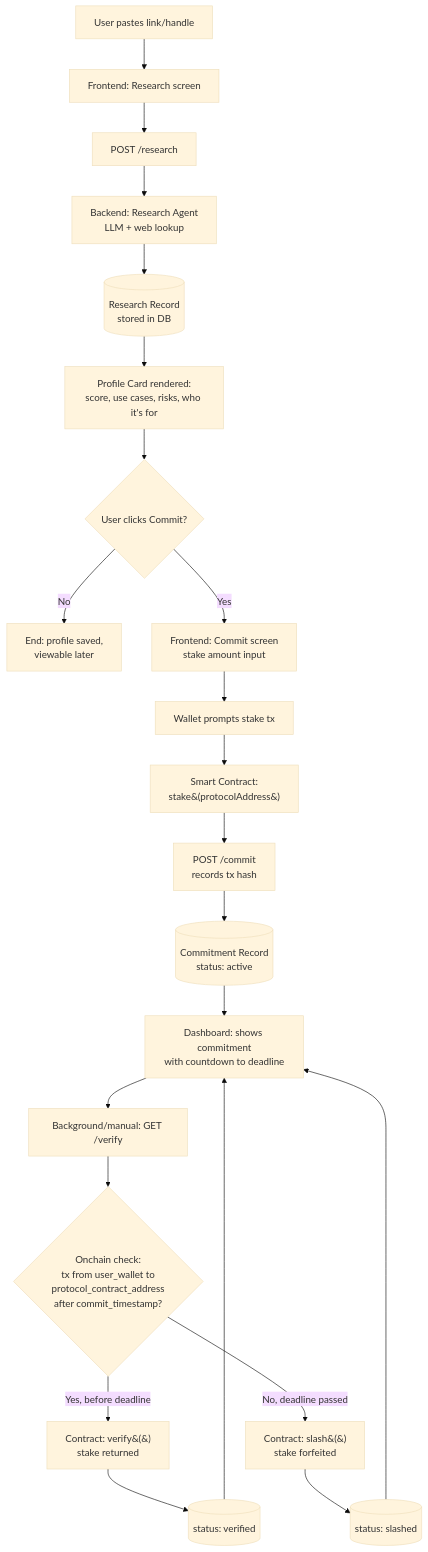
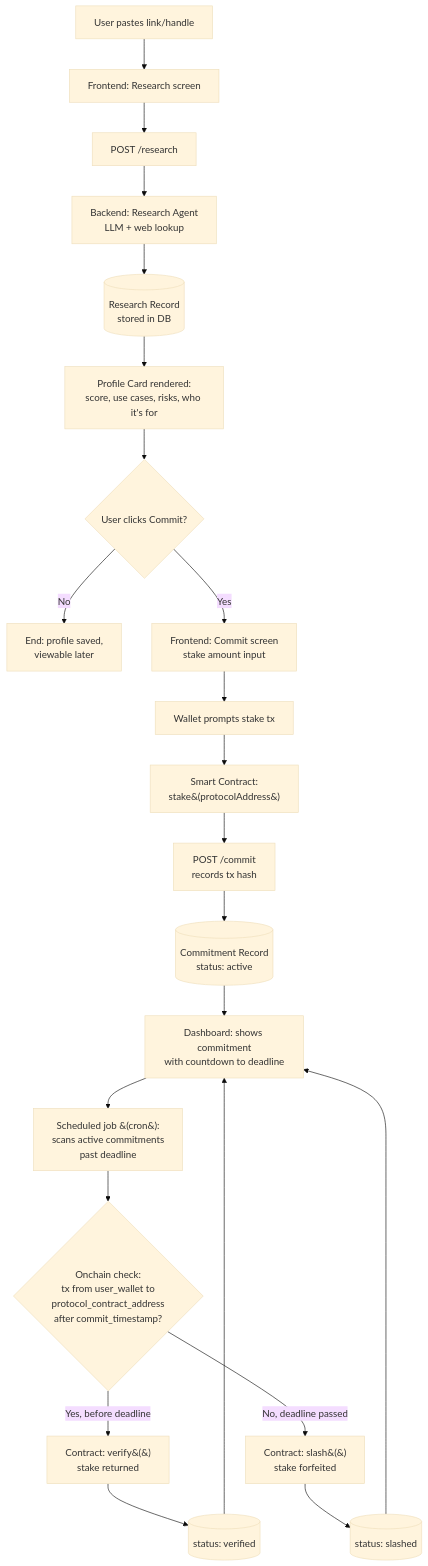
Before and after one commit to tobiawolaju/KYP: the first of 2 diagrams in Architecture.MD, drawn with Mermaid (base theme). The commit also changed other lines of this file and 1 other file, not shown here.

Commit message:
Update README and architecture docs to match current stack and scheduled resolution

````diff
--- a/Architecture.MD
+++ b/Architecture.MD
@@ -64,24 +83,24 @@
 ```mermaid
 flowchart TD
     A[User pastes link/handle] --> B[Frontend: Research screen]
     B --> C[POST /research]
     C --> D[Backend: Research Agent<br/>LLM + web lookup]
     D --> E[(Research Record<br/>stored in DB)]
     E --> F[Profile Card rendered:<br/>score, use cases, risks, who it's for]
     F --> G{User clicks Commit?}
     G -- No --> H[End: profile saved,<br/>viewable later]
     G -- Yes --> I[Frontend: Commit screen<br/>stake amount input]
     I --> J[Wallet prompts stake tx]
     J --> K[Smart Contract:<br/>stake&#40;protocolAddress&#41;]
     K --> L[POST /commit<br/>records tx hash]
     L --> M[(Commitment Record<br/>status: active)]
     M --> N[Dashboard: shows commitment<br/>with countdown to deadline]
-    N --> O[Background/manual: GET /verify]
+    N --> O[Scheduled job &#40;cron&#41;:<br/>scans active commitments<br/>past deadline]
     O --> P{Onchain check:<br/>tx from user_wallet to<br/>protocol_contract_address<br/>after commit_timestamp?}
     P -- Yes, before deadline --> Q[Contract: verify&#40;&#41;<br/>stake returned]
     P -- No, deadline passed --> R[Contract: slash&#40;&#41;<br/>stake forfeited]
     Q --> S[(status: verified)]
     R --> T[(status: slashed)]
     S --> N
     T --> N
 ```
````
